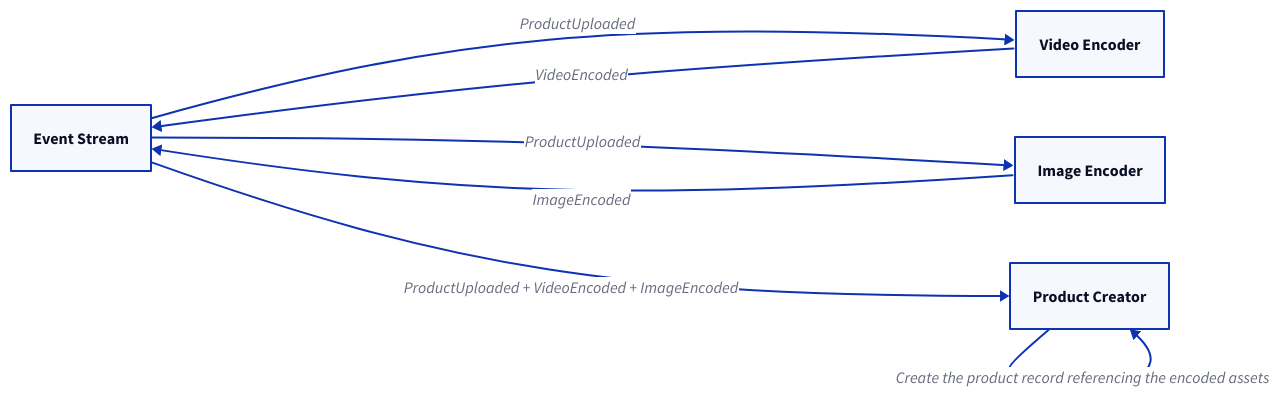
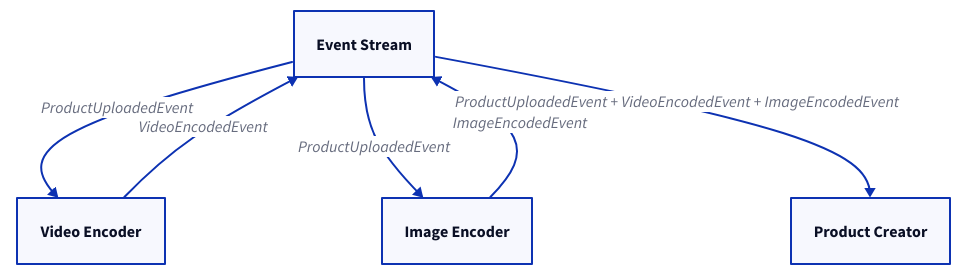
The fifth of 11 diagrams in content/docs/design-patterns/distributed-job-patterns.md (link1905/system-design-101), drawn with D2 before and after one commit. The commit also changed other lines of this file and 11 other files, not shown here.

````diff
--- a/content/docs/design-patterns/distributed-job-patterns.md
+++ b/content/docs/design-patterns/distributed-job-patterns.md
@@ -172,21 +163,19 @@
 ```d2
-direction: right
 e: Event Stream {
     class: mq
 }
 v: Video Encoder {  
     class: process
 }
 i: Image Encoder {
     class: process
 }
 ps: Product Creator {
     class: process    
 }
-e -> v: ProductUploaded
-v -> e: VideoEncoded
-e -> i: ProductUploaded
-i -> e: ImageEncoded
-e -> ps: ProductUploaded + VideoEncoded + ImageEncoded
-ps -> ps: Create the product record referencing the encoded assets
+e -> v: ProductUploadedEvent
+v -> e: VideoEncodedEvent
+e -> i: ProductUploadedEvent
+i -> e: ImageEncodedEvent
+e -> ps: ProductUploadedEvent + VideoEncodedEvent + ImageEncodedEvent
 ```
````
